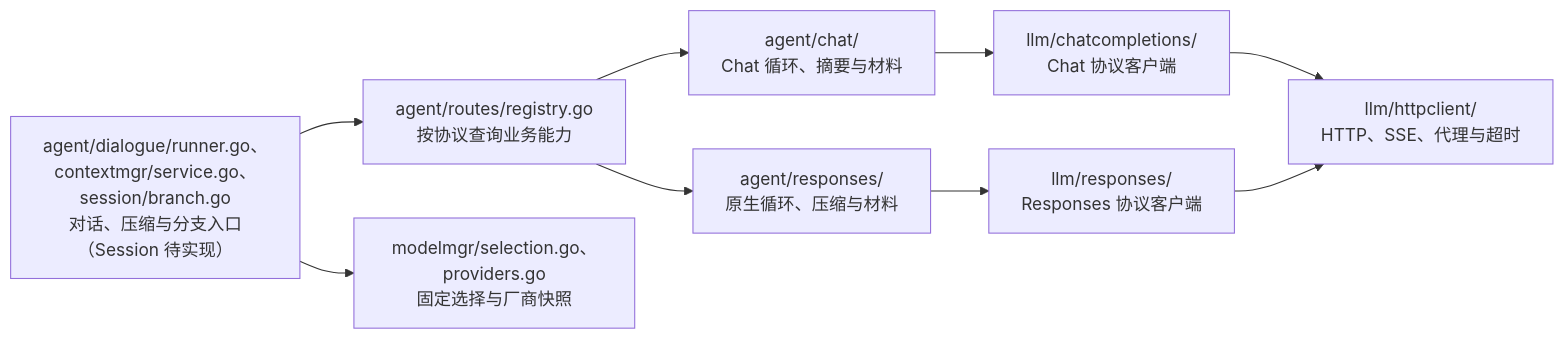
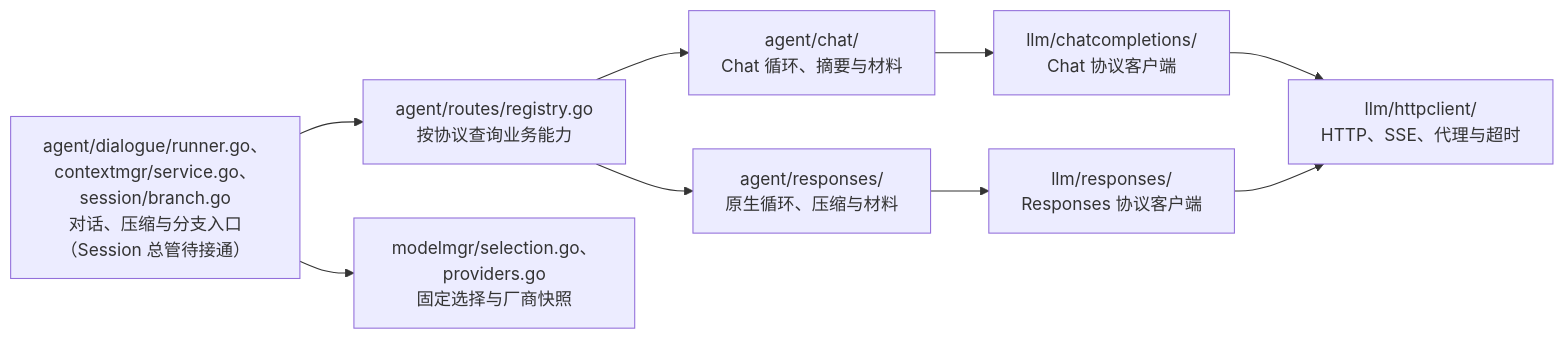
One commit to Elflare/elbot changed the fifth of 15 diagrams in devdocs/architecture.md. Above: the diagram before and after it, drawn with Mermaid. The commit also changed other lines of this file and 30 other files, not shown here.

````diff
--- a/devdocs/architecture.md
+++ b/devdocs/architecture.md
@@ -208,10 +208,10 @@
 ```mermaid
 flowchart LR
-    E["agent/dialogue/runner.go、contextmgr/service.go、session/branch.go<br/>对话、压缩与分支入口（Session 待实现）"] --> R["agent/routes/registry.go<br/>按协议查询业务能力"]
+    E["agent/dialogue/runner.go、contextmgr/service.go、session/branch.go<br/>对话、压缩与分支入口（Session 总管待接通）"] --> R["agent/routes/registry.go<br/>按协议查询业务能力"]
     E --> M["modelmgr/selection.go、providers.go<br/>固定选择与厂商快照"]
     R --> C["agent/chat/<br/>Chat 循环、摘要与材料"]
     R --> N["agent/responses/<br/>原生循环、压缩与材料"]
     C --> CC["llm/chatcompletions/<br/>Chat 协议客户端"]
     N --> NC["llm/responses/<br/>Responses 协议客户端"]
     CC & NC --> H["llm/httpclient/<br/>HTTP、SSE、代理与超时"]
 ```
````
